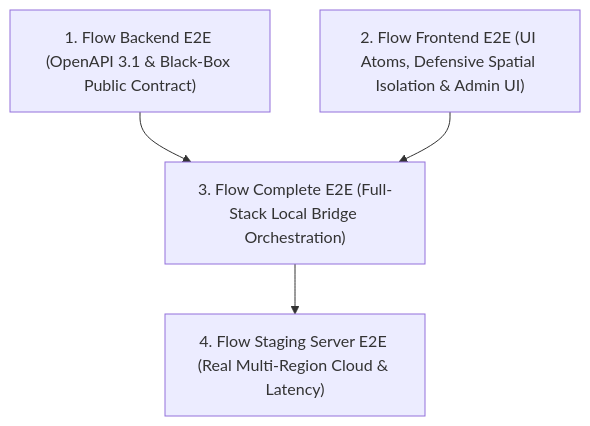
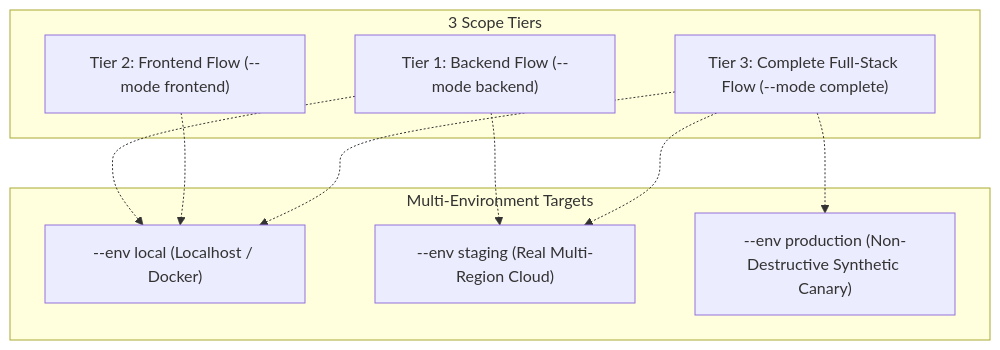
One commit to glc-works/hfe-pos changed the second of 2 diagrams in docs/active/architecture/hfe-ecosystem-business-and-tenancy-model.md. Above: the diagram before and after it, drawn with Mermaid. The commit also changed other lines of this file, not shown here.

Commit message:
docs(architecture): standardize Section 11 into 3-Tier Scope Hierarchy & Multi-Environment Matrix

````diff
--- a/docs/active/architecture/hfe-ecosystem-business-and-tenancy-model.md
+++ b/docs/active/architecture/hfe-ecosystem-business-and-tenancy-model.md
@@ -283,6 +283,21 @@
 ```mermaid
 graph TD
-    T1["1. Flow Backend E2E (OpenAPI 3.1 & Black-Box Public Contract)"] --> T3["3. Flow Complete E2E (Full-Stack Local Bridge Orchestration)"]
-    T2["2. Flow Frontend E2E (UI Atoms, Defensive Spatial Isolation & Admin UI)"] --> T3
-    T3 --> T4["4. Flow Staging Server E2E (Real Multi-Region Cloud & Latency)"]
+    subgraph ScopeTiers["3 Scope Tiers"]
+        T1["Tier 1: Backend Flow (--mode backend)"]
+        T2["Tier 2: Frontend Flow (--mode frontend)"]
+        T3["Tier 3: Complete Full-Stack Flow (--mode complete)"]
+    end
+    
+    subgraph Environments["Multi-Environment Targets"]
+        E1["--env local (Localhost / Docker)"]
+        E2["--env staging (Real Multi-Region Cloud)"]
+        E3["--env production (Non-Destructive Synthetic Canary)"]
+    end
+    
+    T1 -.-> E1
+    T1 -.-> E2
+    T2 -.-> E1
+    T3 -.-> E1
+    T3 -.-> E2
+    T3 -.-> E3
 ```
````
